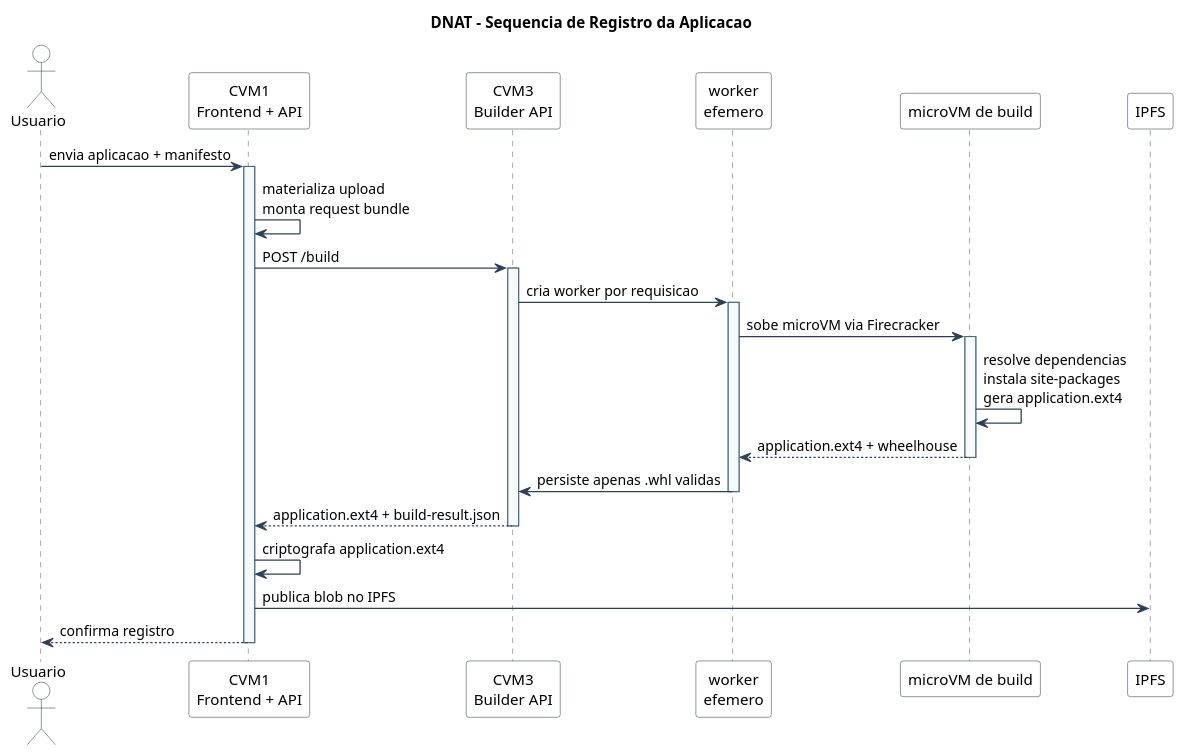
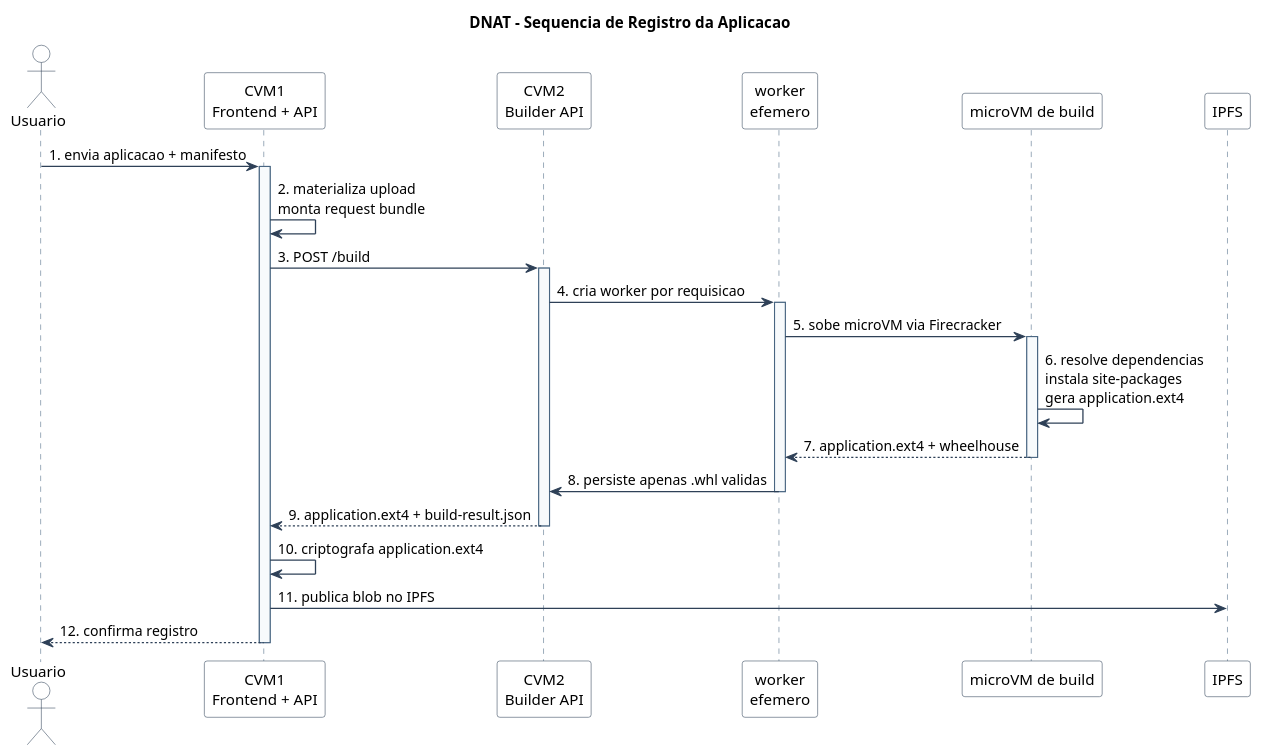
Before and after one commit to lesorty/dnat-identity-validator: the diagram in docs/diagrams/application-registration-sequence.puml, drawn with PlantUML. The commit also changed 6 other files, not shown here.

Commit message:
diagrams update

```diff
--- a/docs/diagrams/application-registration-sequence.puml
+++ b/docs/diagrams/application-registration-sequence.puml
@@ -1,46 +1,46 @@
 @startuml
 title DNAT - Sequencia de Registro da Aplicacao
 
 skinparam backgroundColor white
 skinparam shadowing false
 skinparam defaultFontName Arial
 skinparam ArrowColor #2E4057
 skinparam ArrowThickness 1.2
 skinparam sequence {
   LifeLineBorderColor #486581
   LifeLineBackgroundColor #F7FAFC
   ParticipantBorderColor #2E4057
   ParticipantBackgroundColor #FFFFFF
   ActorBorderColor #2E4057
   ActorBackgroundColor #FFFFFF
 }
 
 actor Usuario as U
 participant "CVM1\nFrontend + API" as C1
-participant "CVM3\nBuilder API" as C3
+participant "CVM2\nBuilder API" as C2
 participant "worker\nefemero" as W
 participant "microVM de build" as B
 participant "IPFS" as I
 
-U -> C1 : envia aplicacao + manifesto
+U -> C1 : 1. envia aplicacao + manifesto
 activate C1
-C1 -> C1 : materializa upload\nmonta request bundle
-C1 -> C3 : POST /build
-activate C3
-C3 -> W : cria worker por requisicao
+C1 -> C1 : 2. materializa upload\nmonta request bundle
+C1 -> C2 : 3. POST /build
+activate C2
+C2 -> W : 4. cria worker por requisicao
 activate W
-W -> B : sobe microVM via Firecracker
+W -> B : 5. sobe microVM via Firecracker
 activate B
-B -> B : resolve dependencias\ninstala site-packages\ngera application.ext4
-B --> W : application.ext4 + wheelhouse
+B -> B : 6. resolve dependencias\ninstala site-packages\ngera application.ext4
+B --> W : 7. application.ext4 + wheelhouse
 deactivate B
-W -> C3 : persiste apenas .whl validas
+W -> C2 : 8. persiste apenas .whl validas
 deactivate W
-C3 --> C1 : application.ext4 + build-result.json
-deactivate C3
-C1 -> C1 : criptografa application.ext4
-C1 -> I : publica blob no IPFS
-C1 --> U : confirma registro
+C2 --> C1 : 9. application.ext4 + build-result.json
+deactivate C2
+C1 -> C1 : 10. criptografa application.ext4
+C1 -> I : 11. publica blob no IPFS
+C1 --> U : 12. confirma registro
 deactivate C1
 
 @enduml
```
